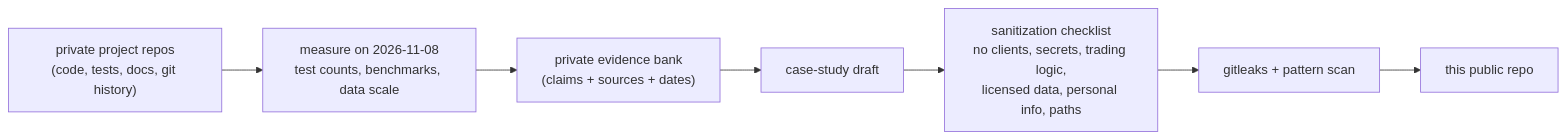
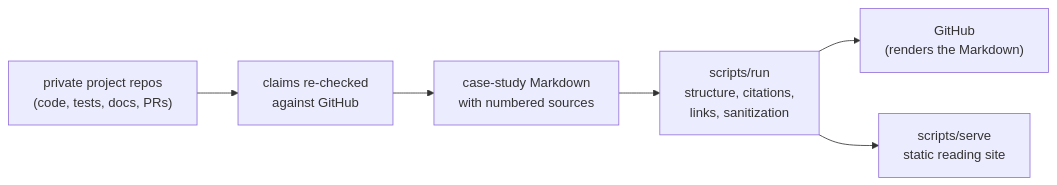
The diagram in README.md (AlexRosen23/engineering-case-studies), drawn with Mermaid before and after one commit. The commit also changed other lines of this file and 15 other files, not shown here.

First line of the commit message:
docs: deeper, cited case studies, PROVENANCE and CHAOS MONKEY, and a local reading site

````diff
--- a/README.md
+++ b/README.md
@@ -112,9 +130,8 @@
 ```mermaid
 flowchart LR
-  repos["private project repos<br/>(code, tests, docs, git history)"] --> measure["measure on 2026-11-08<br/>test counts, benchmarks, data scale"]
-  measure --> bank["private evidence bank<br/>(claims + sources + dates)"]
-  bank --> draft["case-study draft"]
-  draft --> sanitize["sanitization checklist<br/>no clients, secrets, trading logic,<br/>licensed data, personal info, paths"]
-  sanitize --> scan["gitleaks + pattern scan"]
-  scan --> pub["this public repo"]
+  repos["private project repos<br/>(code, tests, docs, PRs)"] --> verify["claims re-checked<br/>against GitHub"]
+  verify --> md["case-study Markdown<br/>with numbered sources"]
+  md --> check["scripts/run<br/>structure, citations,<br/>links, sanitization"]
+  check --> gh["GitHub<br/>(renders the Markdown)"]
+  check --> site["scripts/serve<br/>static reading site"]
 ```
````
